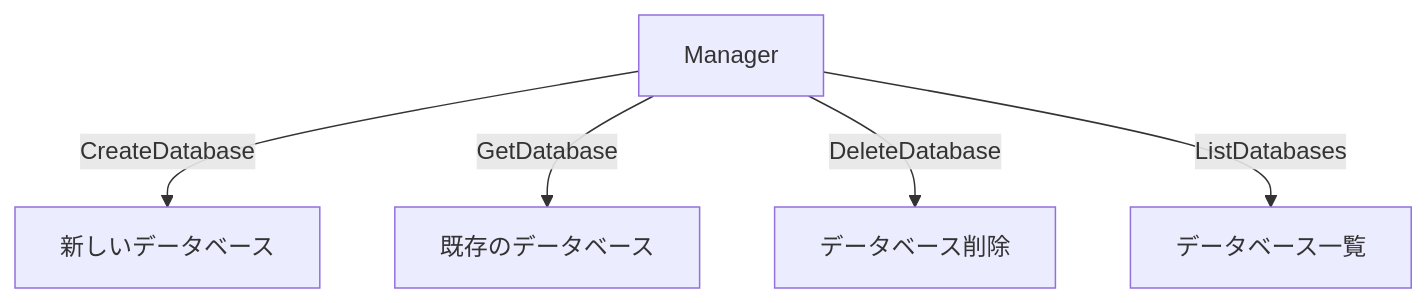
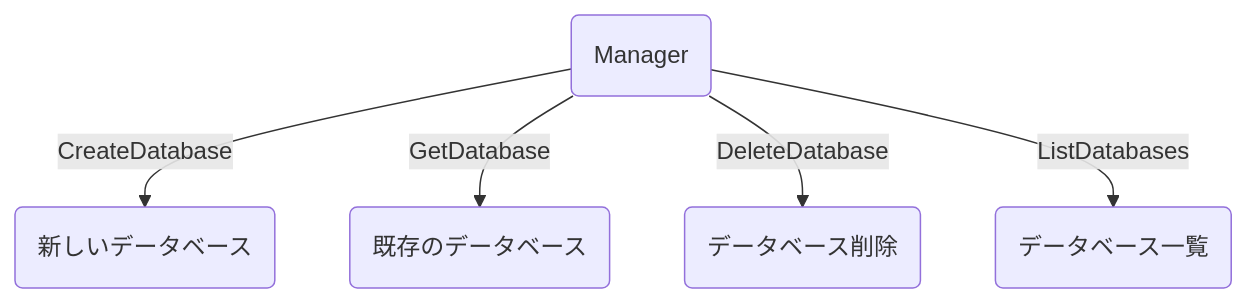
Before and after one commit to ssig33/fuckbase: the fifth of 5 diagrams in textbooks/03_data_structures.md, drawn with Mermaid. The commit also changed other lines of this file and 6 other files, not shown here.

Commit message:
Fix Mermaid diagrams in all textbooks by using parentheses for node text and curly braces for decision nodes

````diff
--- a/textbooks/03_data_structures.md
+++ b/textbooks/03_data_structures.md
@@ -164,7 +164,7 @@
 ```mermaid
 graph TD
-    A[Manager] -->|CreateDatabase| B[新しいデータベース]
-    A -->|GetDatabase| C[既存のデータベース]
-    A -->|DeleteDatabase| D[データベース削除]
-    A -->|ListDatabases| E[データベース一覧]
+    A("Manager") -->|CreateDatabase| B("新しいデータベース")
+    A -->|GetDatabase| C("既存のデータベース")
+    A -->|DeleteDatabase| D("データベース削除")
+    A -->|ListDatabases| E("データベース一覧")
 ```
````
